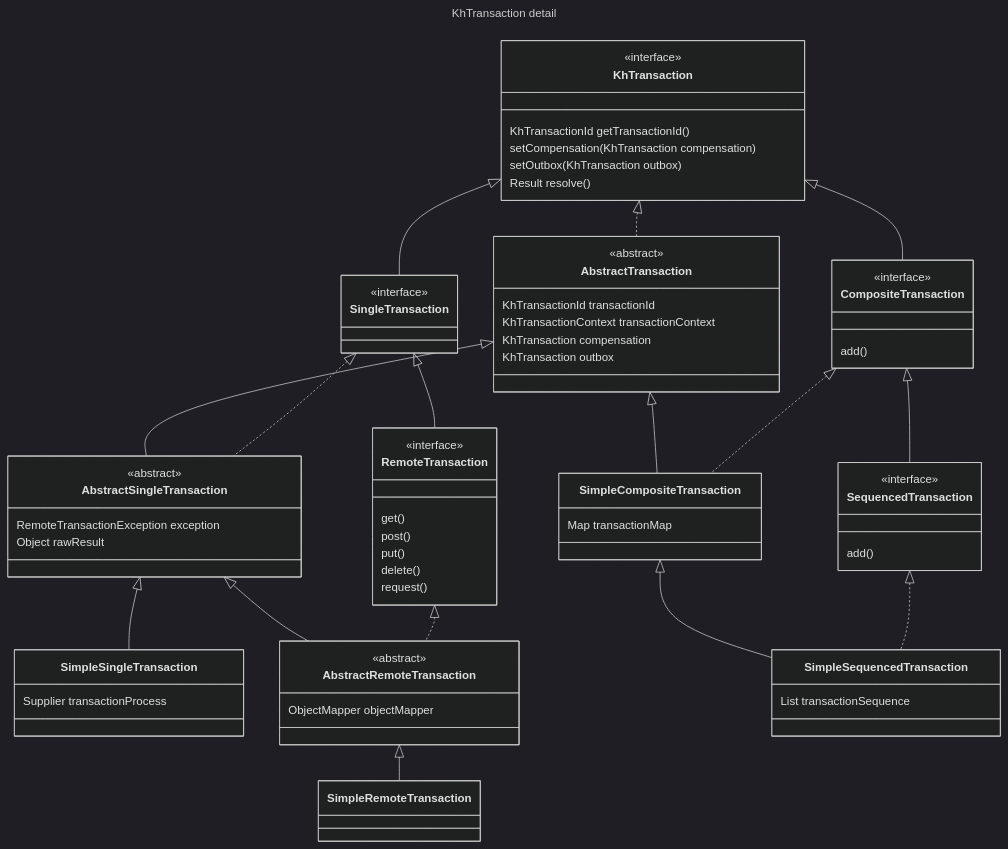
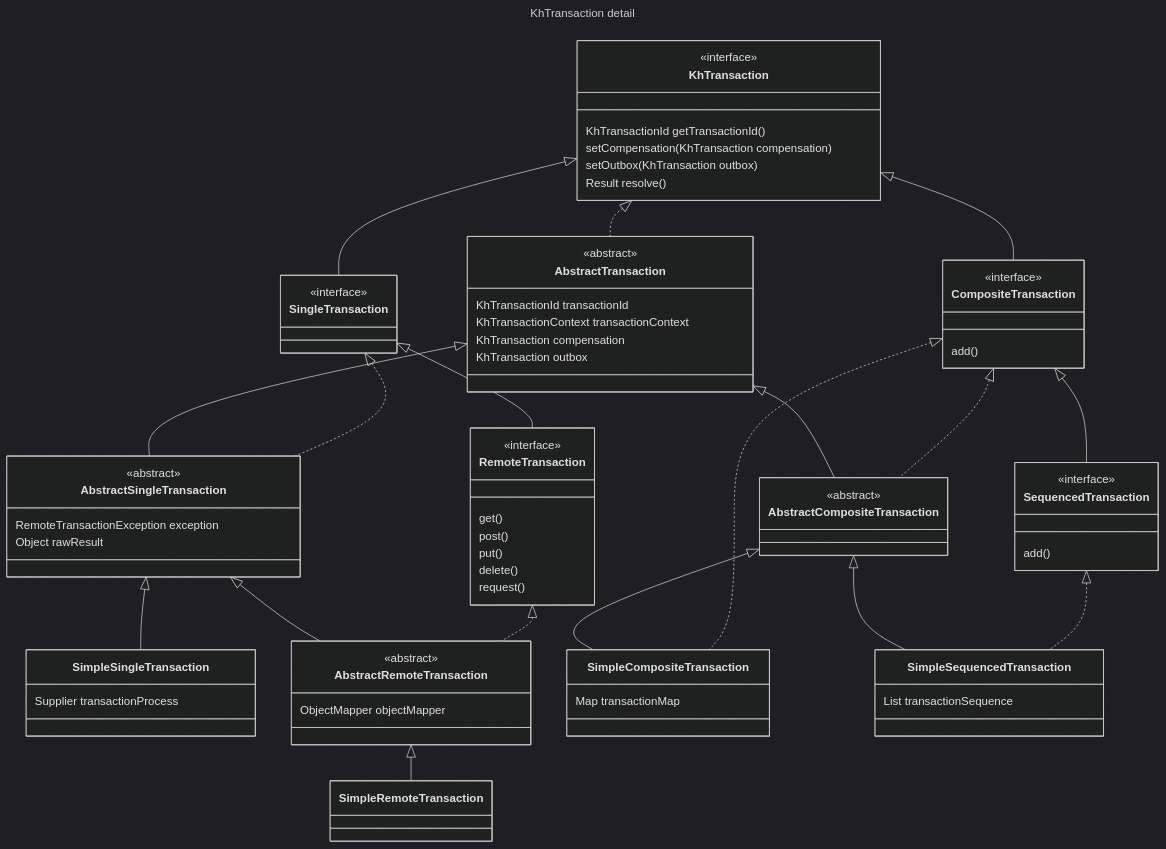
The third of 6 diagrams in README.md (keyhub-projects/distributed-transaction-kit), drawn with Mermaid (dark theme) before and after one commit. The commit also changed other lines of this file and 39 other files, not shown here.

````diff
--- a/README.md
+++ b/README.md
@@ -112,11 +127,18 @@
     KhTransaction <|-- CompositeTransaction
     <<interface>> CompositeTransaction
 
+    class AbstractCompositeTransaction {
+        
+    }
+    <<abstract>> AbstractCompositeTransaction
+    CompositeTransaction <|.. AbstractCompositeTransaction
+    AbstractTransaction <|-- AbstractCompositeTransaction
+
     class SimpleCompositeTransaction {
         Map<KhTransactionId, KhTransaction> transactionMap
     }
     CompositeTransaction <|.. SimpleCompositeTransaction
-    AbstractTransaction <|-- SimpleCompositeTransaction
+    AbstractCompositeTransaction <|-- SimpleCompositeTransaction
 
     class SequencedTransaction {
         add()
@@ -128,5 +150,5 @@
         List<KhTransactionId> transactionSequence
     }
     SequencedTransaction <|.. SimpleSequencedTransaction
-    SimpleCompositeTransaction <|-- SimpleSequencedTransaction
+    AbstractCompositeTransaction <|-- SimpleSequencedTransaction
 ```
````
